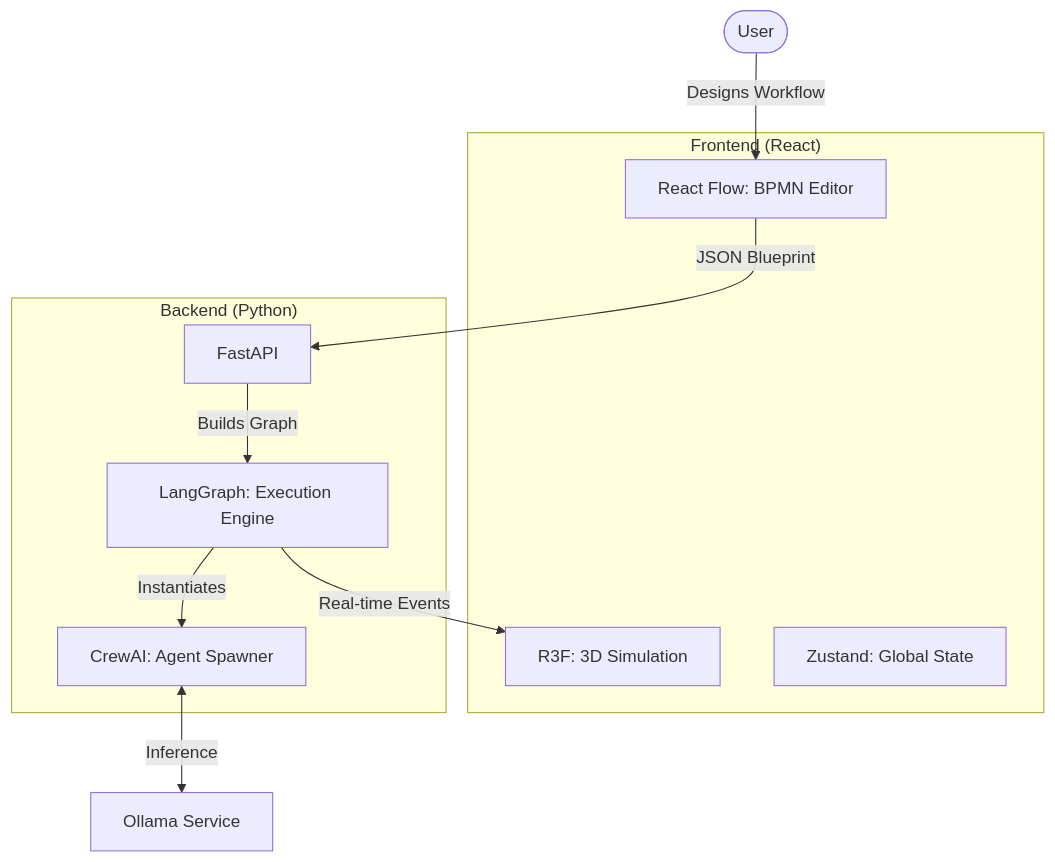
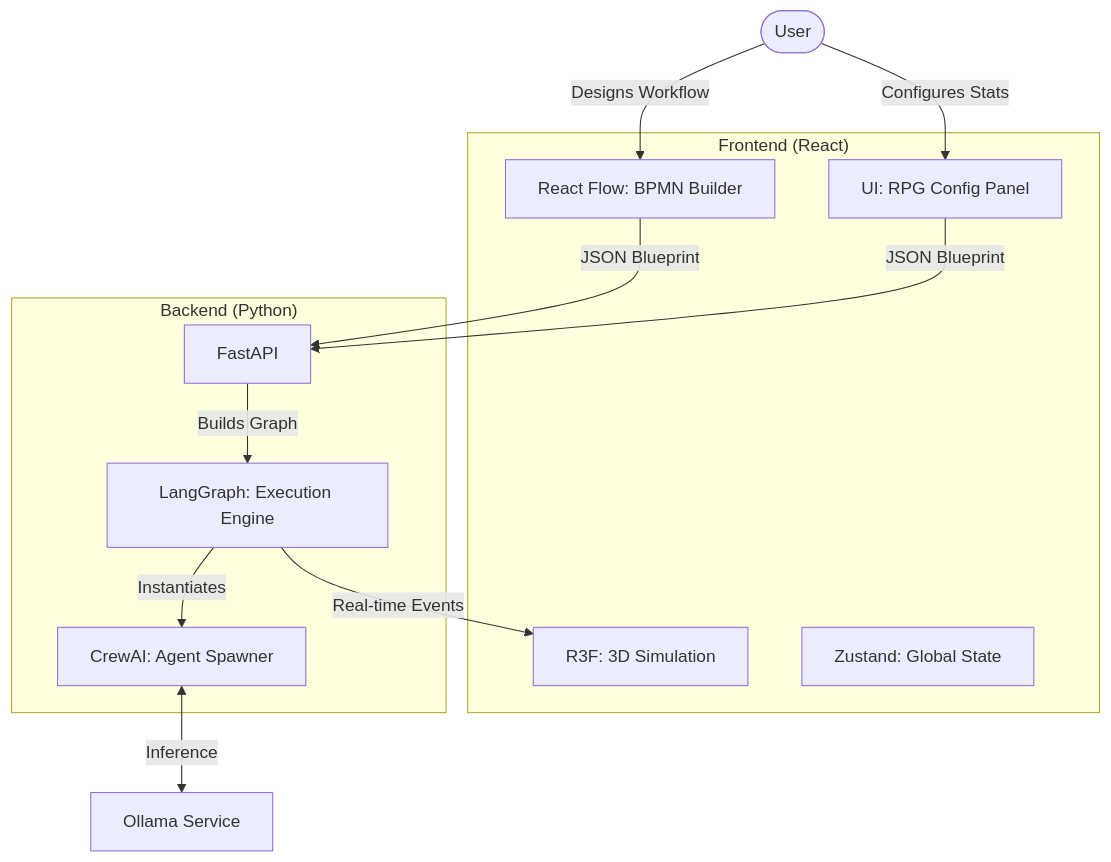
The diagram in ARCHITECTURE.md (Tlahey/NexusHQ), drawn with Mermaid before and after one commit. The commit also changed other lines of this file, not shown here.

First line of the commit message:
Refine architecture details for frontend and backend

````diff
--- a/ARCHITECTURE.md
+++ b/ARCHITECTURE.md
@@ -13,22 +13,26 @@
 ```mermaid
 graph TD
     subgraph "Frontend (React)"
-        Editor[React Flow: BPMN Editor]
+        Editor[React Flow: BPMN Builder]
+        Inspector[UI: RPG Config Panel]
         Visualizer[R3F: 3D Simulation]
         Store[Zustand: Global State]
     end
 
     subgraph "Backend (Python)"
         API[FastAPI]
         GraphEngine[LangGraph: Execution Engine]
         AgentFactory[CrewAI: Agent Spawner]
     end
 
     User([User]) -->|Designs Workflow| Editor
-    Editor -->|JSON Blueprint| API
+    User -->|Configures Stats| Inspector
+    
+    Editor & Inspector -->|JSON Blueprint| API
+    
     API -->|Builds Graph| GraphEngine
     GraphEngine -->|Instantiates| AgentFactory
     AgentFactory <-->|Inference| Ollama[Ollama Service]
     
     GraphEngine -->|Real-time Events| Visualizer
 ```
````
